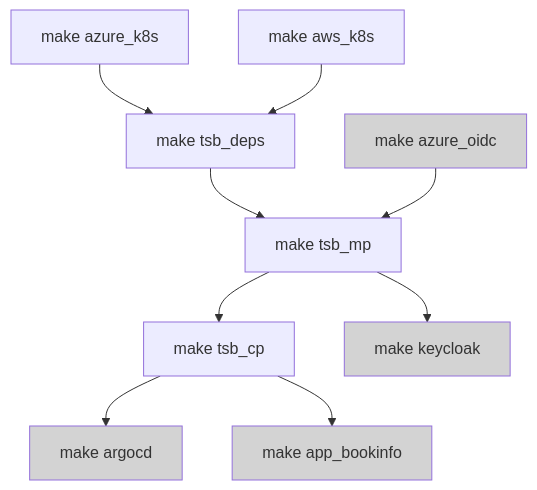
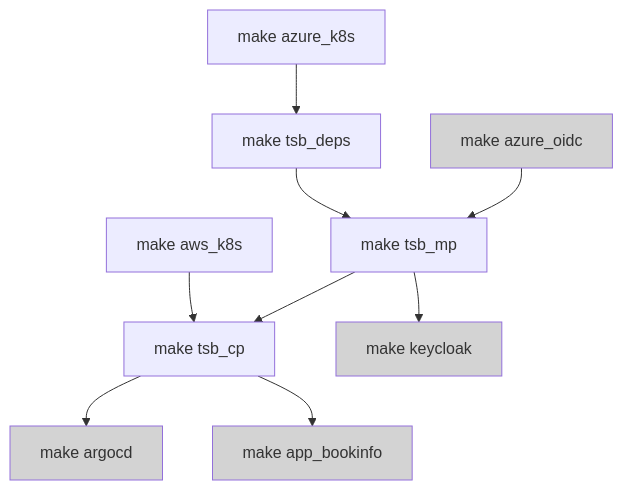
The diagram in README.md (tetratelabs/tetrate-service-bridge-sandbox), drawn with Mermaid before and after one commit.

````diff
--- a/README.md
+++ b/README.md
@@ -8,15 +8,15 @@
 ```mermaid
   graph TD;
       A[make azure_k8s] --> B[make tsb_deps]
-      AA[make aws_k8s] --> B[make tsb_deps]
+      AA[make aws_k8s] --> D[make tsb_cp]
       B[make tsb_deps] --> C[make tsb_mp]
       Y[make azure_oidc] --> C[make tsb_mp]
       C[make tsb_mp] --> D[make tsb_cp]
       C[make tsb_mp] --> F[make keycloak]
       D[make tsb_cp] --> E[make argocd]
       D[make tsb_cp] --> Z[make app_bookinfo]
       style Z fill:lightgrey
       style Y fill:lightgrey
       style E fill:lightgrey
       style F fill:lightgrey
 ```
````
